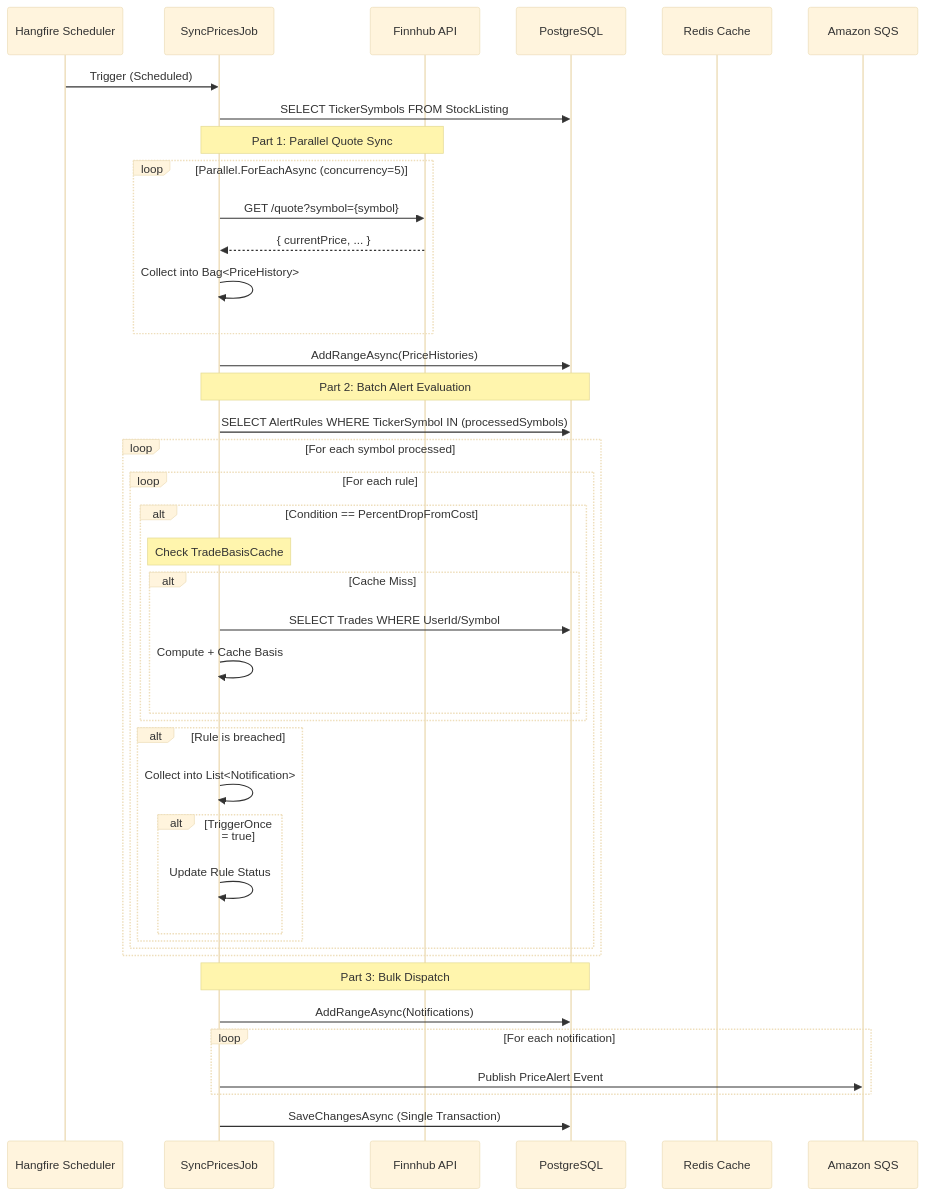
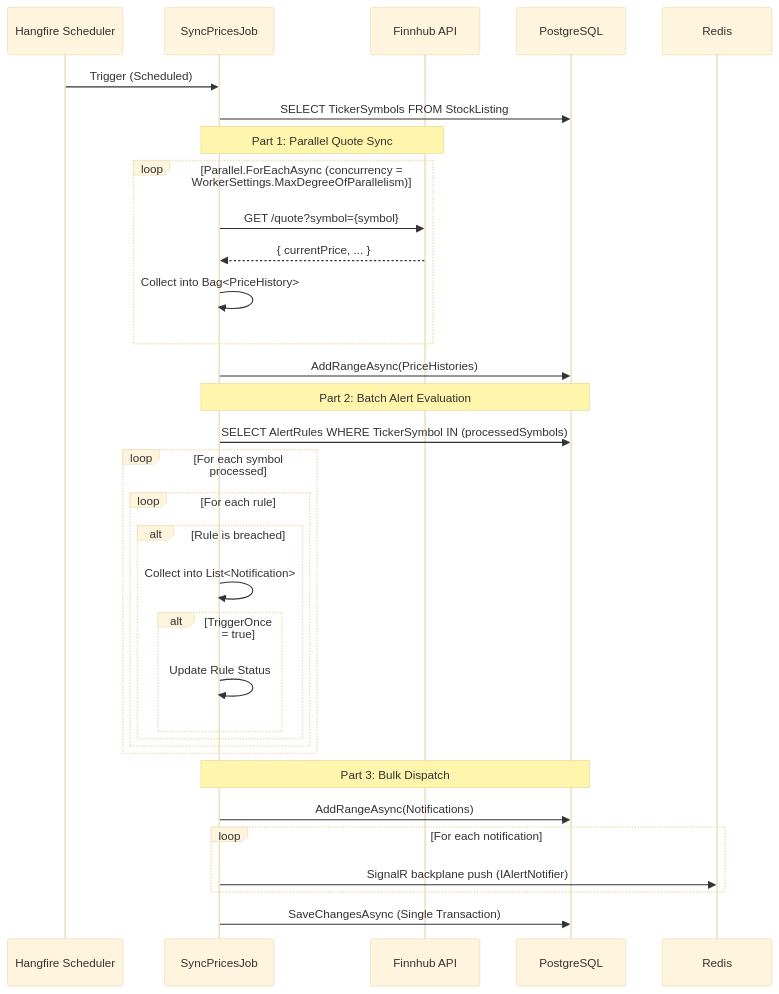
Before and after one commit to nhonvo/InvestManagementSystem: the diagram in InventoryAlert.Wiki/docs/04-execution-flows/price-sync-flow.md, drawn with Mermaid (base theme). The commit also changed other lines of this file and 69 other files, not shown here.

````diff
--- a/InventoryAlert.Wiki/docs/04-execution-flows/price-sync-flow.md
+++ b/InventoryAlert.Wiki/docs/04-execution-flows/price-sync-flow.md
@@ -7,47 +7,39 @@
 ```mermaid
 sequenceDiagram
     participant HF as Hangfire Scheduler
     participant Job as SyncPricesJob
     participant Finnhub as Finnhub API
     participant DB as PostgreSQL
-    participant Redis as Redis Cache
-    participant SQS as Amazon SQS
+    participant Redis as Redis
 
     HF->>Job: Trigger (Scheduled)
     Job->>DB: SELECT TickerSymbols FROM StockListing
 
     Note over Job,Finnhub: Part 1: Parallel Quote Sync
-    loop Parallel.ForEachAsync (concurrency=5)
+    loop Parallel.ForEachAsync (concurrency = WorkerSettings.MaxDegreeOfParallelism)
         Job->>Finnhub: GET /quote?symbol={symbol}
         Finnhub-->>Job: { currentPrice, ... }
         Job->>Job: Collect into Bag<PriceHistory>
     end
     Job->>DB: AddRangeAsync(PriceHistories)
 
     Note over Job,DB: Part 2: Batch Alert Evaluation
     Job->>DB: SELECT AlertRules WHERE TickerSymbol IN (processedSymbols)
     loop For each symbol processed
         loop For each rule
-            alt Condition == PercentDropFromCost
-                Note over Job: Check TradeBasisCache
-                alt Cache Miss
-                    Job->>DB: SELECT Trades WHERE UserId/Symbol
-                    Job->>Job: Compute + Cache Basis
-                end
-            end
             alt Rule is breached
                 Job->>Job: Collect into List<Notification>
                 alt TriggerOnce = true
                     Job->>Job: Update Rule Status
                 end
             end
         end
     end
 
     Note over Job,DB: Part 3: Bulk Dispatch
     Job->>DB: AddRangeAsync(Notifications)
     loop For each notification
-        Job->>SQS: Publish PriceAlert Event
+        Job->>Redis: SignalR backplane push (IAlertNotifier)
     end
     Job->>DB: SaveChangesAsync (Single Transaction)
 ```
````
